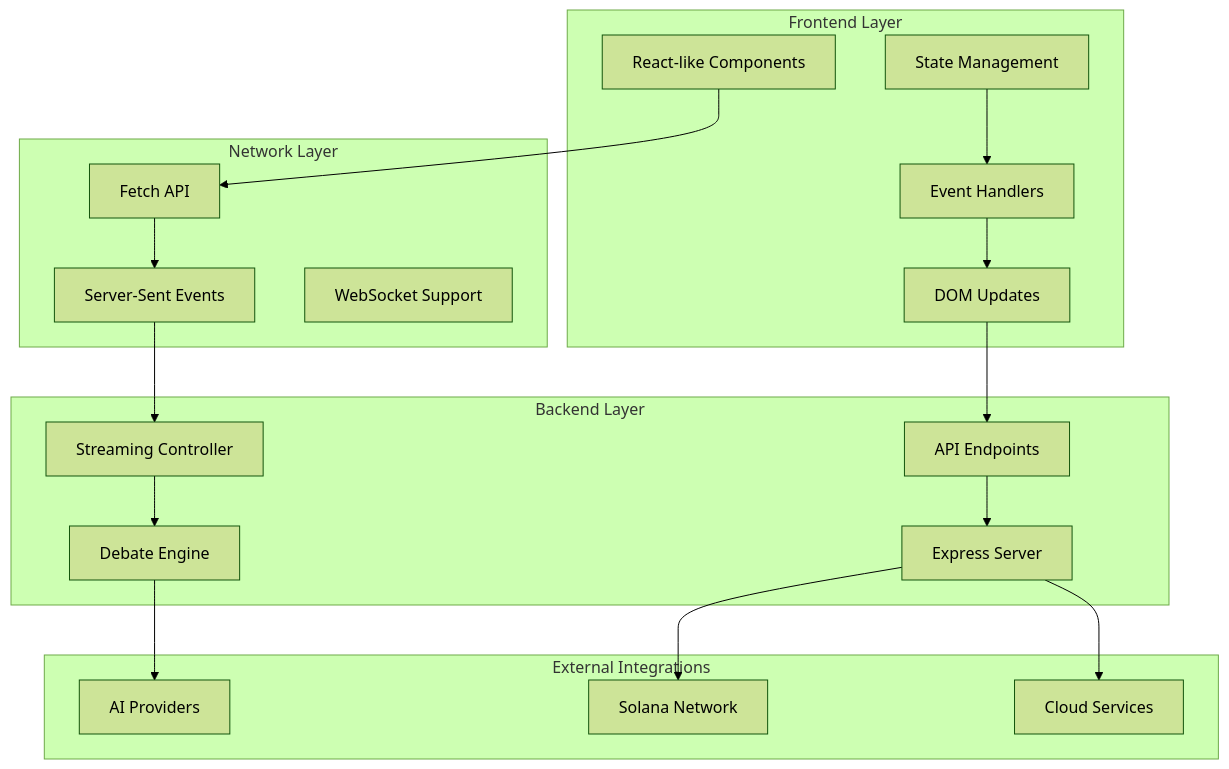
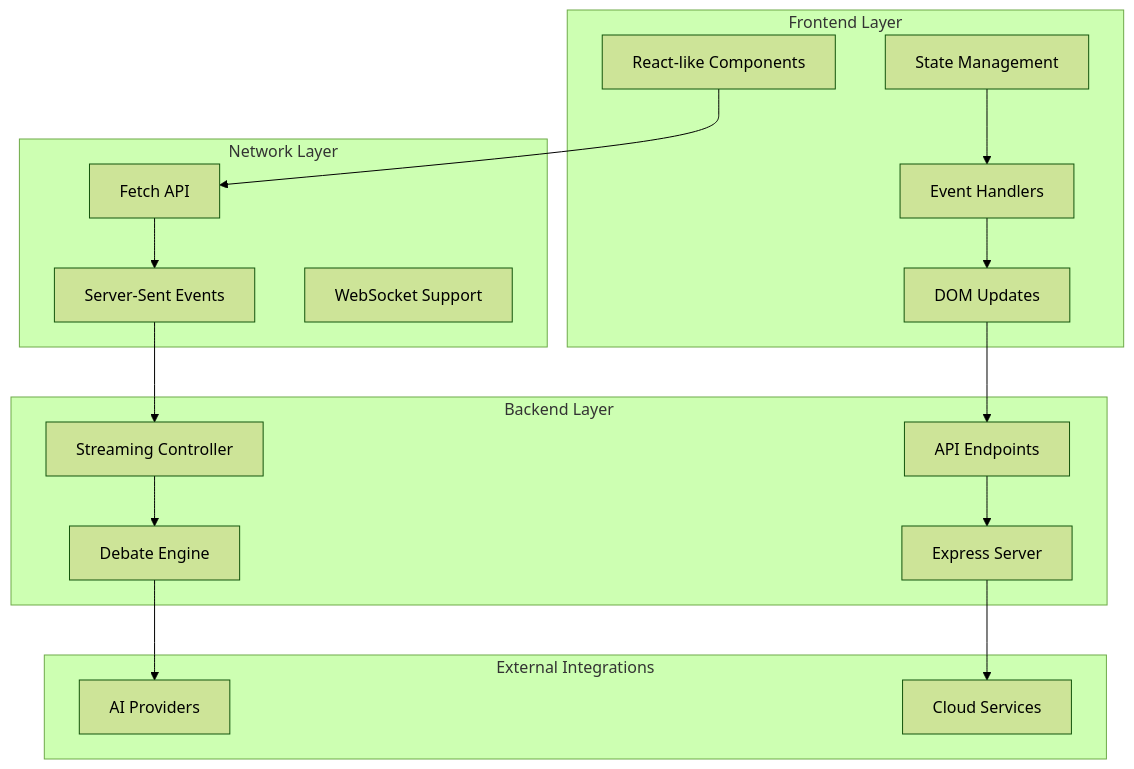
The third of 6 diagrams in .qoder/repowiki/en/content/Frontend Application/Frontend Application.md (RunTimeAdmin/tri-ai), drawn with Mermaid (forest theme) before and after one commit. The commit also changed other lines of this file and 46 other files, not shown here.

````diff
--- a/.qoder/repowiki/en/content/Frontend Application/Frontend Application.md
+++ b/.qoder/repowiki/en/content/Frontend Application/Frontend Application.md
@@ -191,36 +162,34 @@
 ```mermaid
 graph TB
 subgraph "Frontend Layer"
 A[React-like Components]
 B[State Management]
 C[Event Handlers]
 D[DOM Updates]
 end
 subgraph "Network Layer"
 E[Fetch API]
 F[Server-Sent Events]
 G[WebSocket Support]
 end
 subgraph "Backend Layer"
 H[Express Server]
 I[Debate Engine]
 J[Streaming Controller]
 K[API Endpoints]
 end
 subgraph "External Integrations"
 L[AI Providers]
-M[Solana Network]
 N[Cloud Services]
 end
 A --> E
 B --> C
 C --> D
 E --> F
 F --> J
 J --> I
 I --> L
 D --> K
 K --> H
-H --> M
 H --> N
 ```
````
